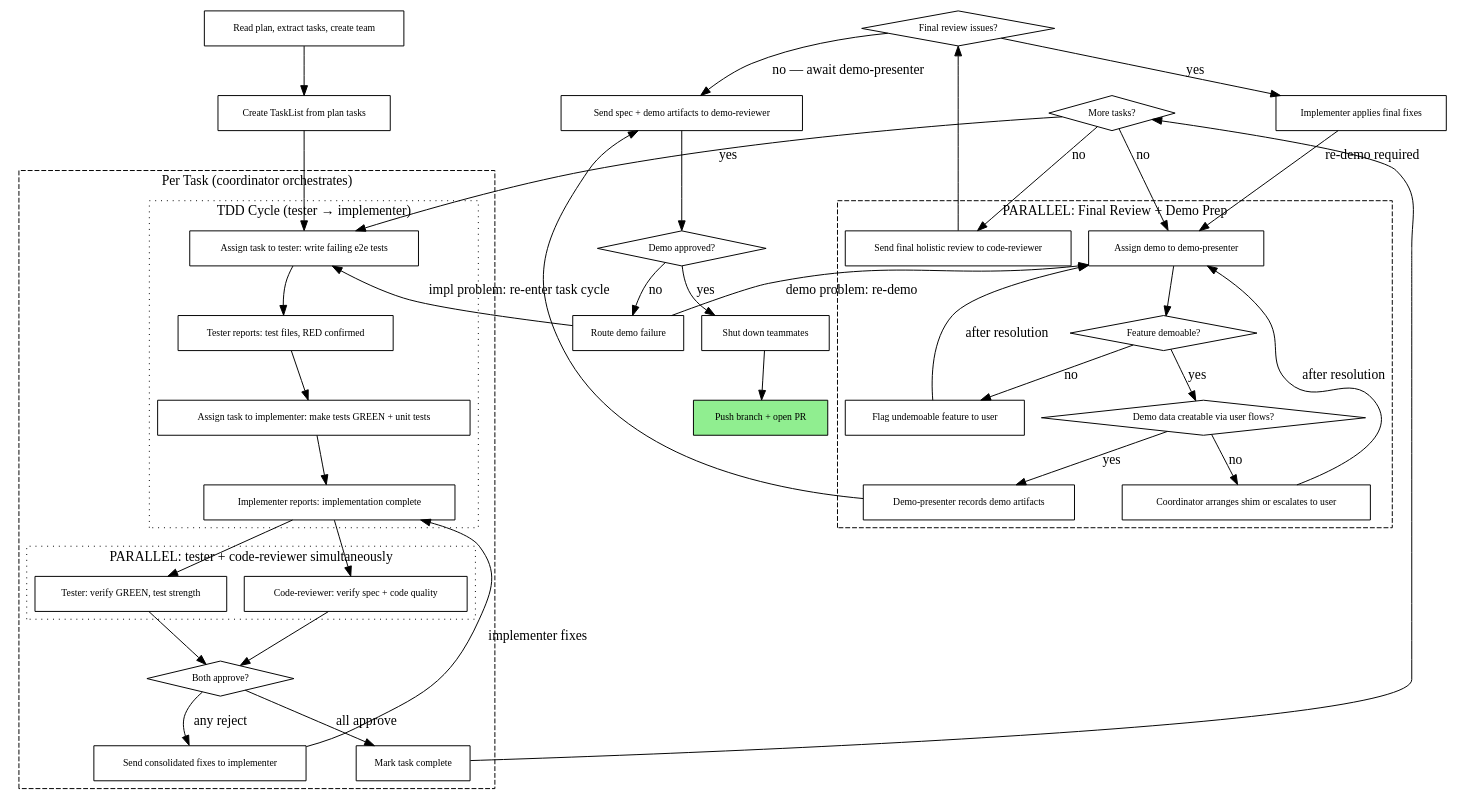
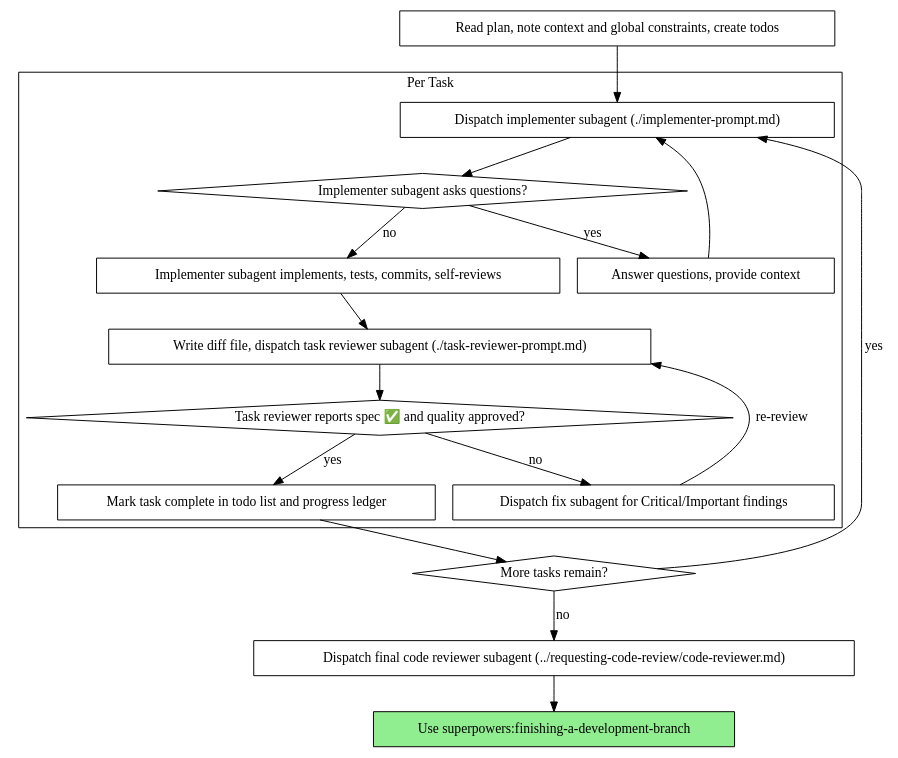
Before and after one commit to pedropaulovc/agent-plugins: the second of 2 diagrams in plugins/superpowers/skills/subagent-driven-development/SKILL.md, drawn with Graphviz. The commit also changed other lines of this file and 147 other files, not shown here.

````diff
--- a/plugins/superpowers/skills/subagent-driven-development/SKILL.md
+++ b/plugins/superpowers/skills/subagent-driven-development/SKILL.md
@@ -49,109 +47,37 @@
 ```dot
 digraph process {
     rankdir=TB;
-    node [fontsize=10];
-
-    "Read plan, extract tasks, create team" [shape=box];
-    "Create TaskList from plan tasks" [shape=box];
 
     subgraph cluster_per_task {
-        label="Per Task (coordinator orchestrates)";
-        style=dashed;
-
-        subgraph cluster_tdd {
-            label="TDD Cycle (tester → implementer)";
-            style=dotted;
-            "Assign task to tester: write failing e2e tests" [shape=box];
-            "Tester reports: test files, RED confirmed" [shape=box];
-            "Assign task to implementer: make tests GREEN + unit tests" [shape=box];
-            "Implementer reports: implementation complete" [shape=box];
-        }
-
-        subgraph cluster_parallel_review {
-            label="PARALLEL: tester + code-reviewer simultaneously";
-            style=dotted;
-            "Tester: verify GREEN, test strength" [shape=box];
-            "Code-reviewer: verify spec + code quality" [shape=box];
-        }
-
-        "Both approve?" [shape=diamond];
-        "Send consolidated fixes to implementer" [shape=box];
-        "Mark task complete" [shape=box];
+        label="Per Task";
+        "Dispatch implementer subagent (./implementer-prompt.md)" [shape=box];
+        "Implementer subagent asks questions?" [shape=diamond];
+        "Answer questions, provide context" [shape=box];
+        "Implementer subagent implements, tests, commits, self-reviews" [shape=box];
+        "Write diff file, dispatch task reviewer subagent (./task-reviewer-prompt.md)" [shape=box];
+        "Task reviewer reports spec ✅ and quality approved?" [shape=diamond];
+        "Dispatch fix subagent for Critical/Important findings" [shape=box];
+        "Mark task complete in todo list and progress ledger" [shape=box];
     }
 
-    "More tasks?" [shape=diamond];
+    "Read plan, note context and global constraints, create todos" [shape=box];
+    "More tasks remain?" [shape=diamond];
+    "Dispatch final code reviewer subagent (../requesting-code-review/code-reviewer.md)" [shape=box];
+    "Use superpowers:finishing-a-development-branch" [shape=box style=filled fillcolor=lightgreen];
 
-    subgraph cluster_final_phase {
-        label="PARALLEL: Final Review + Demo Prep";
-        style=dashed;
-        "Send final holistic review to code-reviewer" [shape=box];
-        "Assign demo to demo-presenter" [shape=box];
-        "Feature demoable?" [shape=diamond];
-        "Demo data creatable via user flows?" [shape=diamond];
-        "Coordinator arranges shim or escalates to user" [shape=box];
-        "Flag undemoable feature to user" [shape=box];
-        "Demo-presenter records demo artifacts" [shape=box];
-    }
-
-    "Final review issues?" [shape=diamond];
-    "Implementer applies final fixes" [shape=box];
-    "Send spec + demo artifacts to demo-reviewer" [shape=box];
-    "Demo approved?" [shape=diamond];
-    "Route demo failure" [shape=box];
-
-    "Shut down teammates" [shape=box];
-    "Push branch + open PR" [shape=box style=filled fillcolor=lightgreen];
-
-    // Setup
-    "Read plan, extract tasks, create team" -> "Create TaskList from plan tasks";
-    "Create TaskList from plan tasks" -> "Assign task to tester: write failing e2e tests";
-
-    // TDD cycle
-    "Assign task to tester: write failing e2e tests" -> "Tester reports: test files, RED confirmed";
-    "Tester reports: test files, RED confirmed" -> "Assign task to implementer: make tests GREEN + unit tests";
-    "Assign task to implementer: make tests GREEN + unit tests" -> "Implementer reports: implementation complete";
-
-    // Parallel review (tester + code-reviewer at once)
-    "Implementer reports: implementation complete" -> "Tester: verify GREEN, test strength";
-    "Implementer reports: implementation complete" -> "Code-reviewer: verify spec + code quality";
-    "Tester: verify GREEN, test strength" -> "Both approve?";
-    "Code-reviewer: verify spec + code quality" -> "Both approve?";
-
-    // Fix loop
-    "Both approve?" -> "Send consolidated fixes to implementer" [label="any reject"];
-    "Send consolidated fixes to implementer" -> "Implementer reports: implementation complete" [label="implementer fixes"];
-    "Both approve?" -> "Mark task complete" [label="all approve"];
-
-    // Task loop
-    "Mark task complete" -> "More tasks?";
-    "More tasks?" -> "Assign task to tester: write failing e2e tests" [label="yes"];
-    "More tasks?" -> "Send final holistic review to code-reviewer" [label="no"];
-    "More tasks?" -> "Assign demo to demo-presenter" [label="no"];
-
-    // Final review (parallel with demo prep)
-    "Send final holistic review to code-reviewer" -> "Final review issues?";
-    "Final review issues?" -> "Implementer applies final fixes" [label="yes"];
-    "Implementer applies final fixes" -> "Assign demo to demo-presenter" [label="re-demo required"];
-    "Final review issues?" -> "Send spec + demo artifacts to demo-reviewer" [label="no — await demo-presenter"];
-
-    // Demo prep (parallel with final review)
-    "Assign demo to demo-presenter" -> "Feature demoable?";
-    "Feature demoable?" -> "Flag undemoable feature to user" [label="no"];
-    "Flag undemoable feature to user" -> "Assign demo to demo-presenter" [label="after resolution"];
-    "Feature demoable?" -> "Demo data creatable via user flows?" [label="yes"];
-    "Demo data creatable via user flows?" -> "Demo-presenter records demo artifacts" [label="yes"];
-    "Demo data creatable via user flows?" -> "Coordinator arranges shim or escalates to user" [label="no"];
-    "Coordinator arranges shim or escalates to user" -> "Assign demo to demo-presenter" [label="after resolution"];
-    "Demo-presenter records demo artifacts" -> "Send spec + demo artifacts to demo-reviewer";
-
-    // Demo review
-    "Send spec + demo artifacts to demo-reviewer" -> "Demo approved?";
-    "Demo approved?" -> "Route demo failure" [label="no"];
-    "Route demo failure" -> "Assign demo to demo-presenter" [label="demo problem: re-demo"];
-    "Route demo failure" -> "Assign task to tester: write failing e2e tests" [label="impl problem: re-enter task cycle"];
-    "Demo approved?" -> "Shut down teammates" [label="yes"];
-
-    // Finish
-    "Shut down teammates" -> "Push branch + open PR";
+    "Read plan, note context and global constraints, create todos" -> "Dispatch implementer subagent (./implementer-prompt.md)";
+    "Dispatch implementer subagent (./implementer-prompt.md)" -> "Implementer subagent asks questions?";
+    "Implementer subagent asks questions?" -> "Answer questions, provide context" [label="yes"];
+    "Answer questions, provide context" -> "Dispatch implementer subagent (./implementer-prompt.md)";
+    "Implementer subagent asks questions?" -> "Implementer subagent implements, tests, commits, self-reviews" [label="no"];
+    "Implementer subagent implements, tests, commits, self-reviews" -> "Write diff file, dispatch task reviewer subagent (./task-reviewer-prompt.md)";
+    "Write diff file, dispatch task reviewer subagent (./task-reviewer-prompt.md)" -> "Task reviewer reports spec ✅ and quality approved?";
+    "Task reviewer reports spec ✅ and quality approved?" -> "Dispatch fix subagent for Critical/Important findings" [label="no"];
+    "Dispatch fix subagent for Critical/Important findings" -> "Write diff file, dispatch task reviewer subagent (./task-reviewer-prompt.md)" [label="re-review"];
+    "Task reviewer reports spec ✅ and quality approved?" -> "Mark task complete in todo list and progress ledger" [label="yes"];
+    "Mark task complete in todo list and progress ledger" -> "More tasks remain?";
+    "More tasks remain?" -> "Dispatch implementer subagent (./implementer-prompt.md)" [label="yes"];
+    "More tasks remain?" -> "Dispatch final code reviewer subagent (../requesting-code-review/code-reviewer.md)" [label="no"];
+    "Dispatch final code reviewer subagent (../requesting-code-review/code-reviewer.md)" -> "Use superpowers:finishing-a-development-branch";
 }
 ```
````
